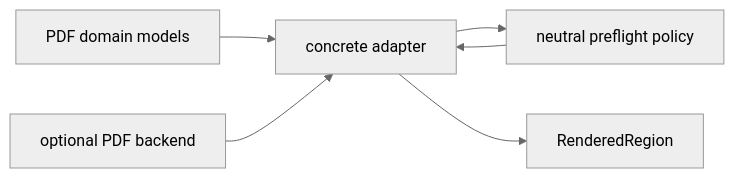
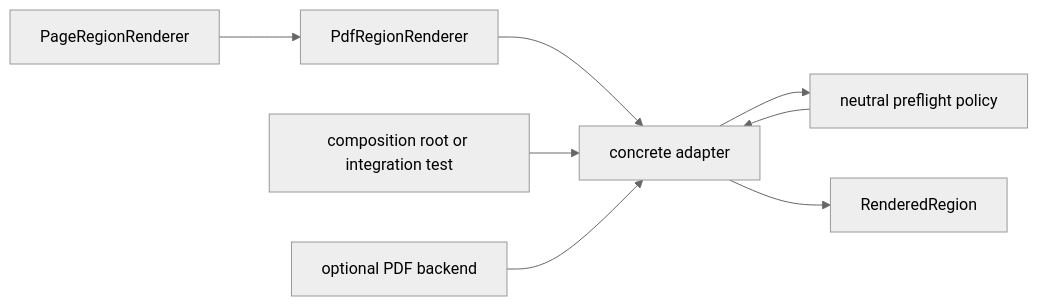
The diagram in docs/architecture/projectkoios/ingestion/pdf/adapters/schematic.md (eragasa/projectkoios-ingestion), drawn with Mermaid (neutral theme) before and after one commit. The commit also changed other lines of this file and 74 other files, not shown here.

Commit message:
Document nominal page renderer architecture

````diff
--- a/docs/architecture/projectkoios/ingestion/pdf/adapters/schematic.md
+++ b/docs/architecture/projectkoios/ingestion/pdf/adapters/schematic.md
@@ -3,14 +3,18 @@
 ```mermaid
 flowchart LR
-    Models["PDF domain models"]
+    PageBase["PageRegionRenderer"]
+    PdfBase["PdfRegionRenderer"]
+    Root["composition root or integration test"]
     Backend["optional PDF backend"]
     Adapter["concrete adapter"]
     Preflight["neutral preflight policy"]
     Result["RenderedRegion"]
 
-    Models --> Adapter
+    PageBase --> PdfBase
+    PdfBase --> Adapter
+    Root --> Adapter
     Backend --> Adapter
     Adapter --> Preflight
     Preflight --> Adapter
     Adapter --> Result
 ```
````
